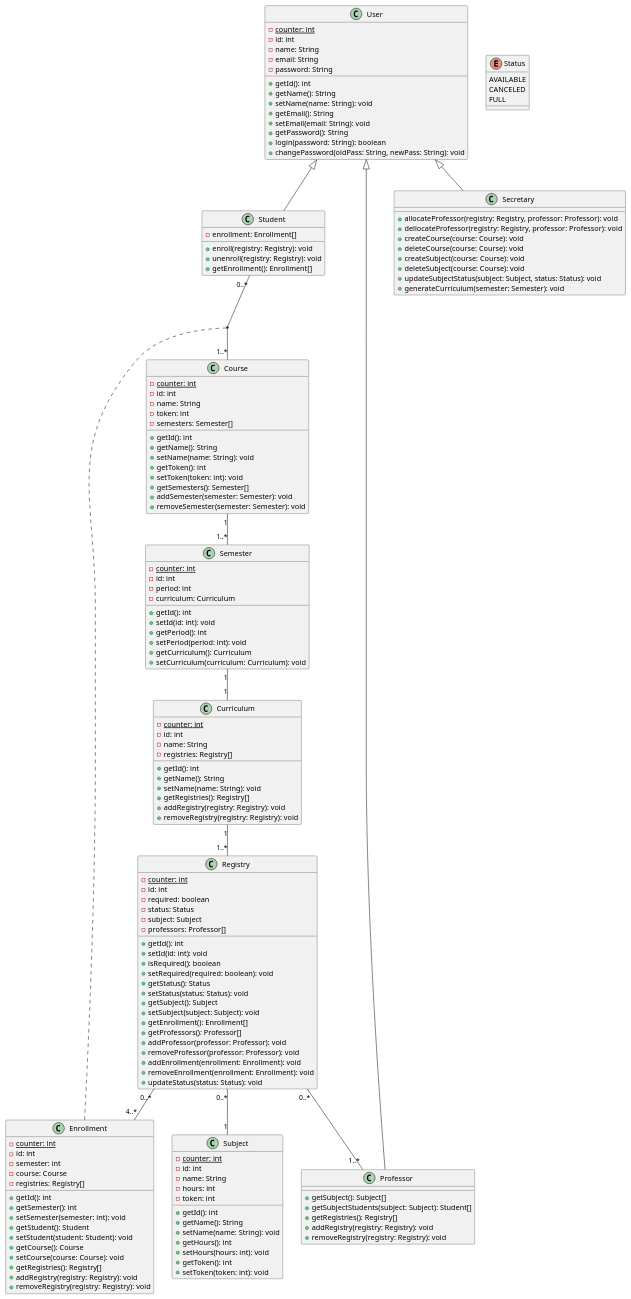
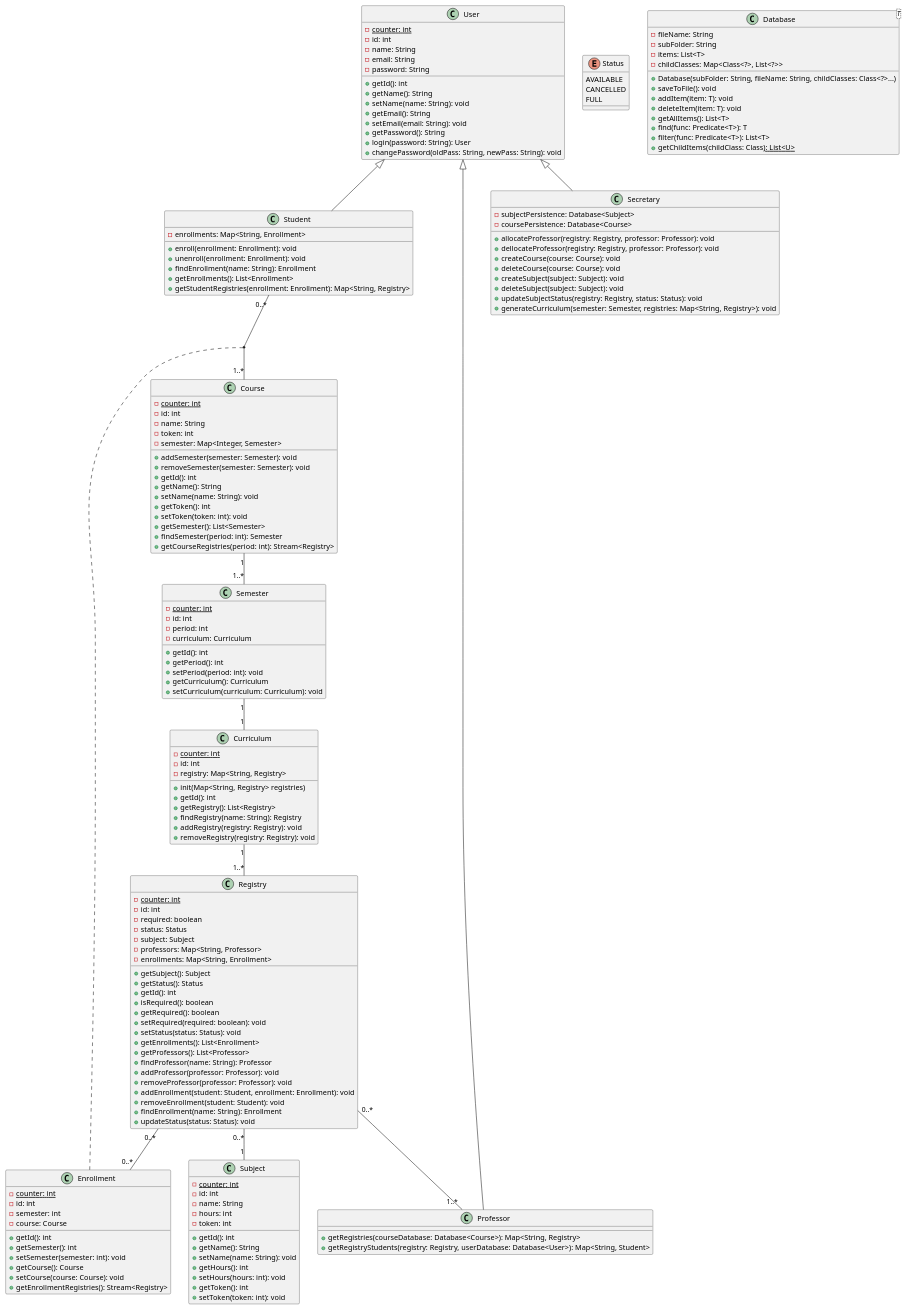
Before and after one commit to migueltico2/laboratorio-de-desenvolvimento-de-software: the diagram in projeto 1/project/classDiagram.plantuml, drawn with PlantUML. The commit also changed 4 other files, not shown here.

Commit message:
fix on uml and validations

```diff
--- a/projeto 1/project/classDiagram.plantuml
+++ b/projeto 1/project/classDiagram.plantuml
@@ -1,154 +1,176 @@
 @startuml
 
 class User {
     -{static} counter: int
     -id: int
     -name: String
     -email: String
     -password: String
     +getId(): int
     +getName(): String
     +setName(name: String): void
     +getEmail(): String
     +setEmail(email: String): void
     +getPassword(): String
-    +login(password: String): boolean
+    +login(password: String): User
     +changePassword(oldPass: String, newPass: String): void
 }
+
 class Student {
-    -enrollment: Enrollment[]
-    +enroll(registry: Registry): void
-    +unenroll(registry: Registry): void
-    +getEnrollment(): Enrollment[]
+    -enrollments: Map<String, Enrollment>
+    +enroll(enrollment: Enrollment): void
+    +unenroll(enrollment: Enrollment): void
+    +findEnrollment(name: String): Enrollment
+    +getEnrollments(): List<Enrollment>
+    +getStudentRegistries(enrollment: Enrollment): Map<String, Registry>
 }
+
 class Professor {
-    +getSubject(): Subject[]
-    +getSubjectStudents(subject: Subject): Student[]
-    +getRegistries(): Registry[]
-    +addRegistry(registry: Registry): void
-    +removeRegistry(registry: Registry): void
+    +getRegistries(courseDatabase: Database<Course>): Map<String, Registry>
+    +getRegistryStudents(registry: Registry, userDatabase: Database<User>): Map<String, Student>
 }
+
 class Secretary {
+    -subjectPersistence: Database<Subject>
+    -coursePersistence: Database<Course>
     +allocateProfessor(registry: Registry, professor: Professor): void
     +dellocateProfessor(registry: Registry, professor: Professor): void
     +createCourse(course: Course): void
     +deleteCourse(course: Course): void
-    +createSubject(course: Course): void
-    +deleteSubject(course: Course): void
-    +updateSubjectStatus(subject: Subject, status: Status): void
-    +generateCurriculum(semester: Semester): void
+    +createSubject(subject: Subject): void
+    +deleteSubject(subject: Subject): void
+    +updateSubjectStatus(registry: Registry, status: Status): void
+    +generateCurriculum(semester: Semester, registries: Map<String, Registry>): void
 }
+
 class Enrollment {
     -{static} counter: int
     -id: int
     -semester: int
     -course: Course
-    -registries: Registry[]
     +getId(): int
     +getSemester(): int
     +setSemester(semester: int): void
-    +getStudent(): Student
-    +setStudent(student: Student): void
     +getCourse(): Course
     +setCourse(course: Course): void
-    +getRegistries(): Registry[]
-    +addRegistry(registry: Registry): void
-    +removeRegistry(registry: Registry): void
+    +getEnrollmentRegistries(): Stream<Registry>
 }
+
 class Course {
     -{static} counter: int
     -id: int
     -name: String
     -token: int
-    -semesters: Semester[]
+    -semester: Map<Integer, Semester>
+    +addSemester(semester: Semester): void
+    +removeSemester(semester: Semester): void
     +getId(): int
     +getName(): String
     +setName(name: String): void
     +getToken(): int
     +setToken(token: int): void
-    +getSemesters(): Semester[]
-    +addSemester(semester: Semester): void
-    +removeSemester(semester: Semester): void
+    +getSemester(): List<Semester>
+    +findSemester(period: int): Semester
+    +getCourseRegistries(period: int): Stream<Registry>
 }
+
 class Semester {
     -{static} counter: int
     -id: int
     -period: int
     -curriculum: Curriculum
     +getId(): int
-    +setId(id: int): void
     +getPeriod(): int
     +setPeriod(period: int): void
     +getCurriculum(): Curriculum
     +setCurriculum(curriculum: Curriculum): void
 }
+
 class Curriculum {
     -{static} counter: int
     -id: int
-    -name: String
-    -registries: Registry[]
+    -registry: Map<String, Registry>
+    +init(Map<String, Registry> registries)
     +getId(): int
-    +getName(): String
-    +setName(name: String): void
-    +getRegistries(): Registry[]
+    +getRegistry(): List<Registry>
+    +findRegistry(name: String): Registry
     +addRegistry(registry: Registry): void
     +removeRegistry(registry: Registry): void
 }
+
 class Subject {
     -{static} counter: int
     -id: int
     -name: String
     -hours: int
     -token: int
     +getId(): int
     +getName(): String
     +setName(name: String): void
     +getHours(): int
     +setHours(hours: int): void
     +getToken(): int
     +setToken(token: int): void
 }
+
 class Registry {
     -{static} counter: int
     -id: int
     -required: boolean
     -status: Status
     -subject: Subject
-    -professors: Professor[]
+    -professors: Map<String, Professor>
+    -enrollments: Map<String, Enrollment>
+    +getSubject(): Subject
+    +getStatus(): Status
     +getId(): int
-    +setId(id: int): void
     +isRequired(): boolean
+    +getRequired(): boolean
     +setRequired(required: boolean): void
-    +getStatus(): Status
     +setStatus(status: Status): void
-    +getSubject(): Subject
-    +setSubject(subject: Subject): void
-    +getEnrollment(): Enrollment[]
-    +getProfessors(): Professor[]
+    +getEnrollments(): List<Enrollment>
+    +getProfessors(): List<Professor>
+    +findProfessor(name: String): Professor
     +addProfessor(professor: Professor): void
     +removeProfessor(professor: Professor): void
-    +addEnrollment(enrollment: Enrollment): void
-    +removeEnrollment(enrollment: Enrollment): void
+    +addEnrollment(student: Student, enrollment: Enrollment): void
+    +removeEnrollment(student: Student): void
+    +findEnrollment(name: String): Enrollment
     +updateStatus(status: Status): void
 }
 
 enum Status {
     AVAILABLE
-    CANCELED
+    CANCELLED
     FULL
+}
+
+class Database<T> {
+    -fileName: String
+    -subFolder: String
+    -items: List<T>
+    -childClasses: Map<Class<?>, List<?>>
+    +Database(subFolder: String, fileName: String, childClasses: Class<?>...)
+    +saveToFile(): void
+    +addItem(item: T): void
+    +deleteItem(item: T): void
+    +getAllItems(): List<T>
+    +find(func: Predicate<T>): T
+    +filter(func: Predicate<T>): List<T>
+    +getChildItems(childClass: Class<U>): List<U>
 }
 
 User <|-- Student
 User <|-- Professor
 User <|-- Secretary
 
 Course "1" -- "1..*" Semester
 Semester "1" -- "1" Curriculum
 Curriculum "1" -- "1..*" Registry
 Registry "0..*" -- "1" Subject
 Student "0..*" -- "1..*" Course
 (Student, Course) . Enrollment
-Registry "0..*" -- "4..*" Enrollment
+Registry "0..*" -- "0..*" Enrollment
 Registry "0..*" -- "1..*" Professor
 
 @enduml
```
